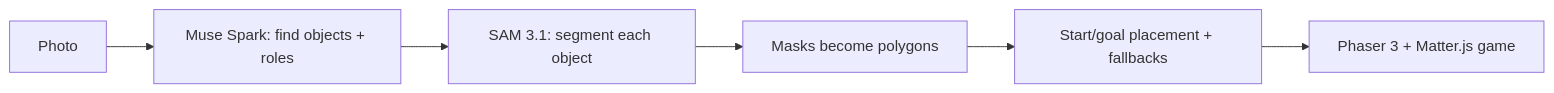
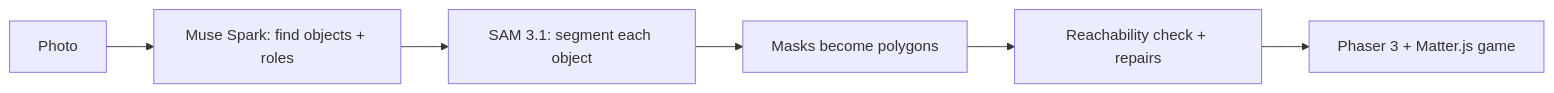
The diagram in README.md (nonputtipong/Snaplevel), drawn with Mermaid before and after one commit. The commit also changed other lines of this file, not shown here.

````diff
--- a/README.md
+++ b/README.md
@@ -11,8 +51,8 @@
 ```mermaid
 flowchart LR
   photo[Photo] --> spark[Muse Spark: find objects + roles]
   spark --> sam[SAM 3.1: segment each object]
   sam --> poly[Masks become polygons]
-  poly --> asm[Start/goal placement + fallbacks]
-  asm --> game[Phaser 3 + Matter.js game]
+  poly --> check[Reachability check + repairs]
+  check --> game[Phaser 3 + Matter.js game]
 ```
````
